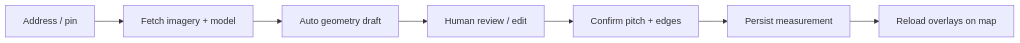
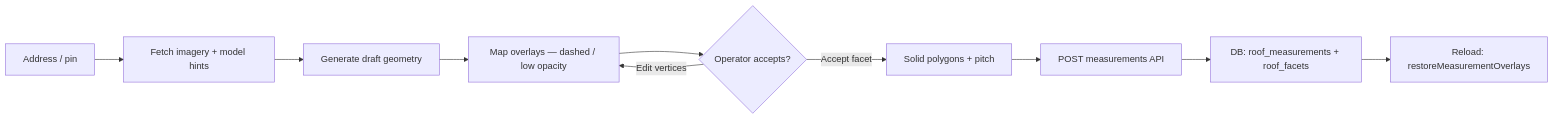
Before and after one commit to natehall22/arx-internal-crm: the diagram in docs/roof-measure-industry-patterns.md, drawn with Mermaid. The commit also changed other lines of this file and 3 other files, not shown here.

````diff
--- a/docs/roof-measure-industry-patterns.md
+++ b/docs/roof-measure-industry-patterns.md
@@ -17,9 +32,12 @@
 ```mermaid
 flowchart LR
-  A[Address / pin] --> B[Fetch imagery + model]
-  B --> C[Auto geometry draft]
-  C --> D[Human review / edit]
-  D --> E[Confirm pitch + edges]
-  E --> F[Persist measurement]
-  F --> G[Reload overlays on map]
+  A[Address / pin] --> B[Fetch imagery + model hints]
+  B --> C[Generate draft geometry]
+  C --> D[Map overlays — dashed / low opacity]
+  D --> E{Operator accepts?}
+  E -->|Edit vertices| D
+  E -->|Accept facet| F[Solid polygons + pitch]
+  F --> G[POST measurements API]
+  G --> H[DB: roof_measurements + roof_facets]
+  H --> I[Reload: restoreMeasurementOverlays]
 ```
````
